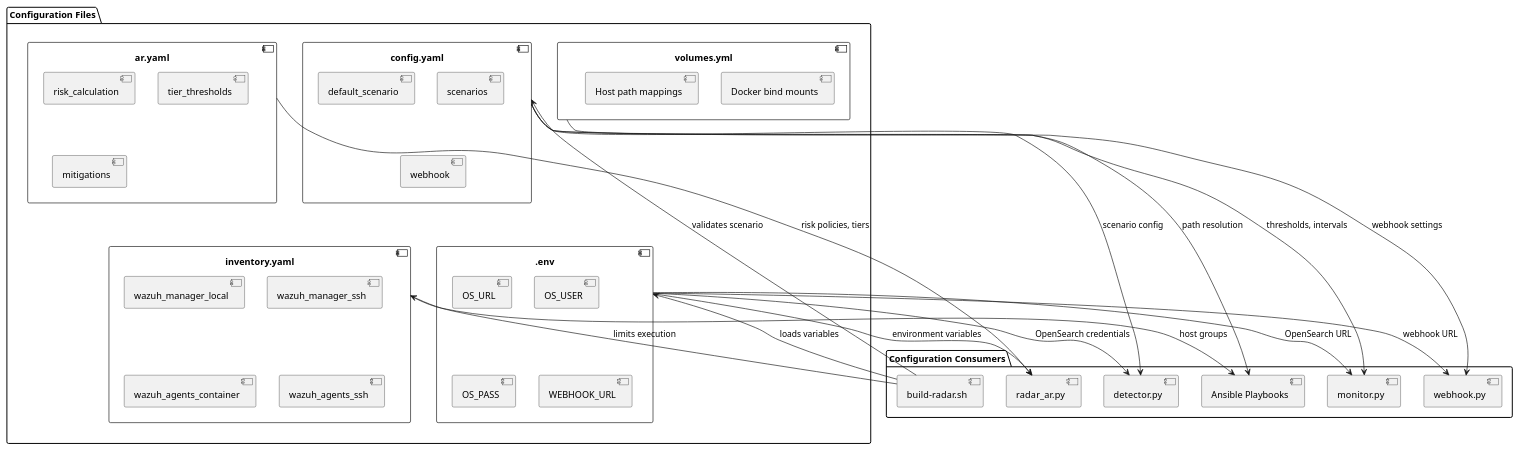
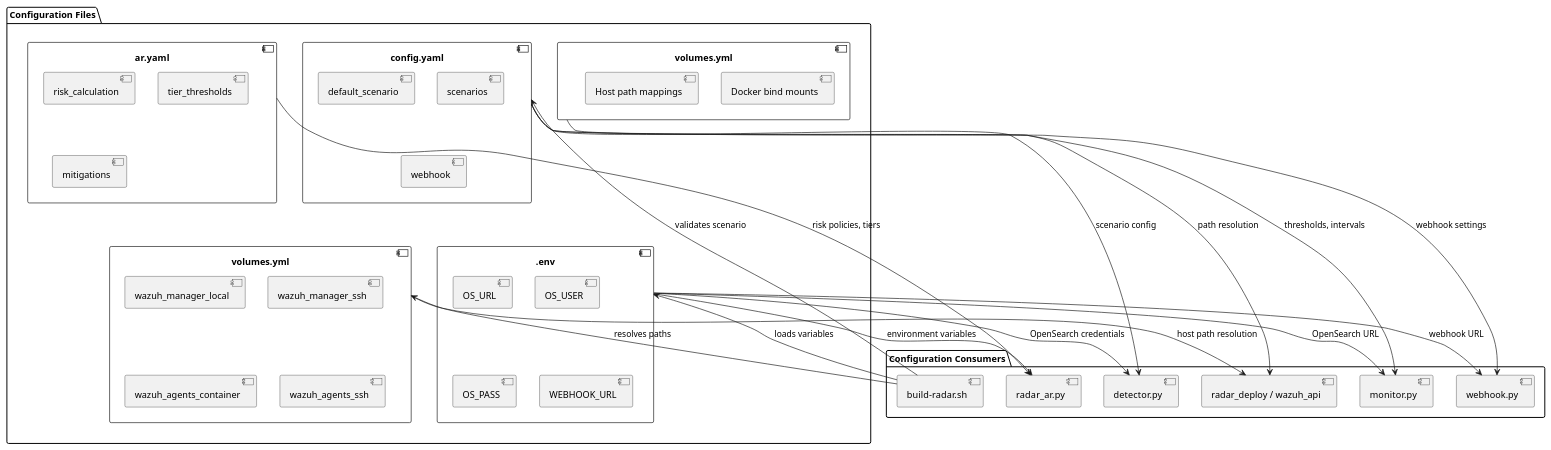
The diagram in docs/specs/swd/SWD-032.md (AbstractionsLab/idps-escape), drawn with PlantUML before and after one commit. The commit also changed other lines of this file and 461 other files, not shown here.

````diff
--- a/docs/specs/swd/SWD-032.md
+++ b/docs/specs/swd/SWD-032.md
@@ -20,64 +20,64 @@
 ```plantuml
 @startuml
 package "Configuration Files" {
   component "config.yaml" as ConfigYAML {
     [default_scenario]
     [scenarios]
     [webhook]
   }
 
   component "ar.yaml" as ARYAML {
     [scenarios]
     [risk_calculation]
     [tier_thresholds]
     [mitigations]
   }
 
   component ".env" as DotEnv {
     [OS_URL]
     [OS_USER]
     [OS_PASS]
     [WEBHOOK_URL]
   }
 
-  component "inventory.yaml" as Inventory {
+  component "volumes.yml" as Inventory {
     [wazuh_manager_local]
     [wazuh_manager_ssh]
     [wazuh_agents_container]
     [wazuh_agents_ssh]
   }
 
   component "volumes.yml" as Volumes {
     [Docker bind mounts]
     [Host path mappings]
   }
 }
 
 package "Configuration Consumers" {
   [detector.py] as Detector
   [monitor.py] as Monitor
   [webhook.py] as Webhook
   [radar_ar.py] as ActiveResponse
   [build-radar.sh] as BuildScript
-  [Ansible Playbooks] as Ansible
+  [radar_deploy / wazuh_api] as Deploy
 }
 
 ConfigYAML --> Detector : scenario config
 ConfigYAML --> Monitor : thresholds, intervals
 ConfigYAML --> Webhook : webhook settings
 
 ARYAML --> ActiveResponse : risk policies, tiers
 
 DotEnv --> Detector : OpenSearch credentials
 DotEnv --> Monitor : OpenSearch URL
 DotEnv --> Webhook : webhook URL
 DotEnv --> ActiveResponse : environment variables
 
-Inventory --> Ansible : host groups
-Volumes --> Ansible : path resolution
+Inventory --> Deploy : host path resolution
+Volumes --> Deploy : path resolution
 
 BuildScript --> ConfigYAML : validates scenario
-BuildScript --> Inventory : limits execution
+BuildScript --> Inventory : resolves paths
 BuildScript --> DotEnv : loads variables
 @enduml
 ```
````
